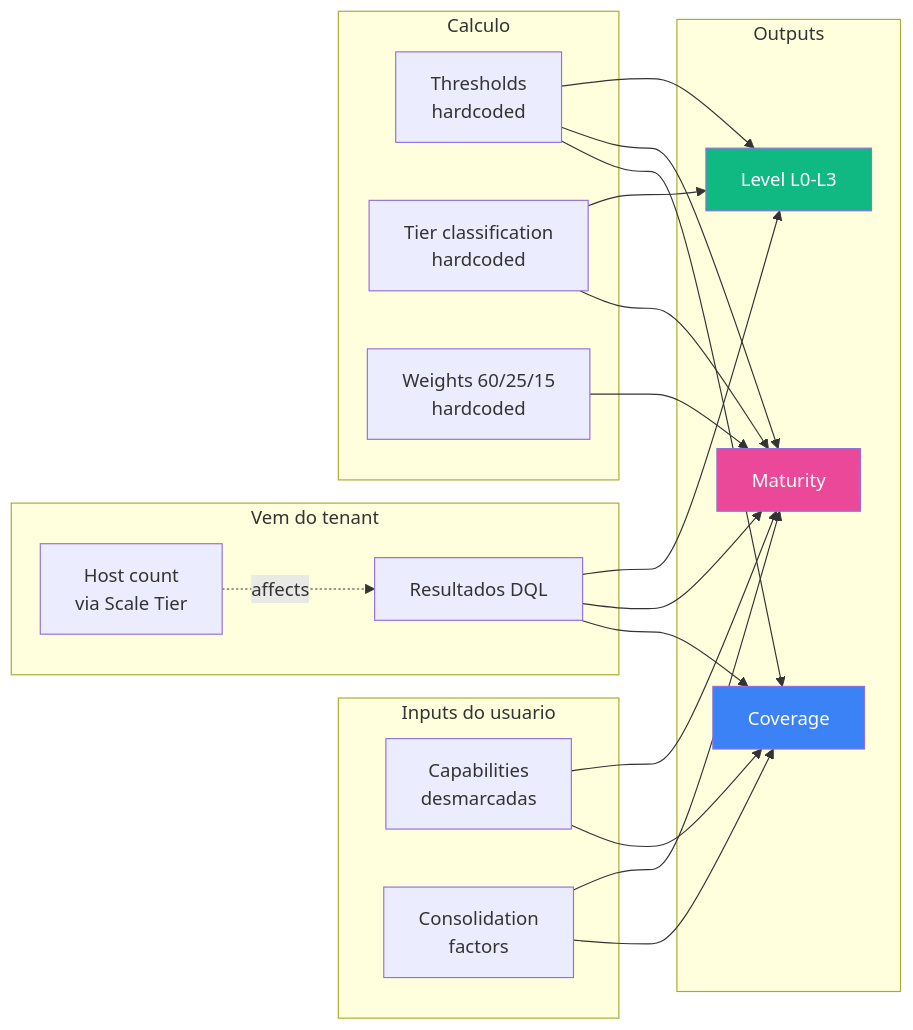
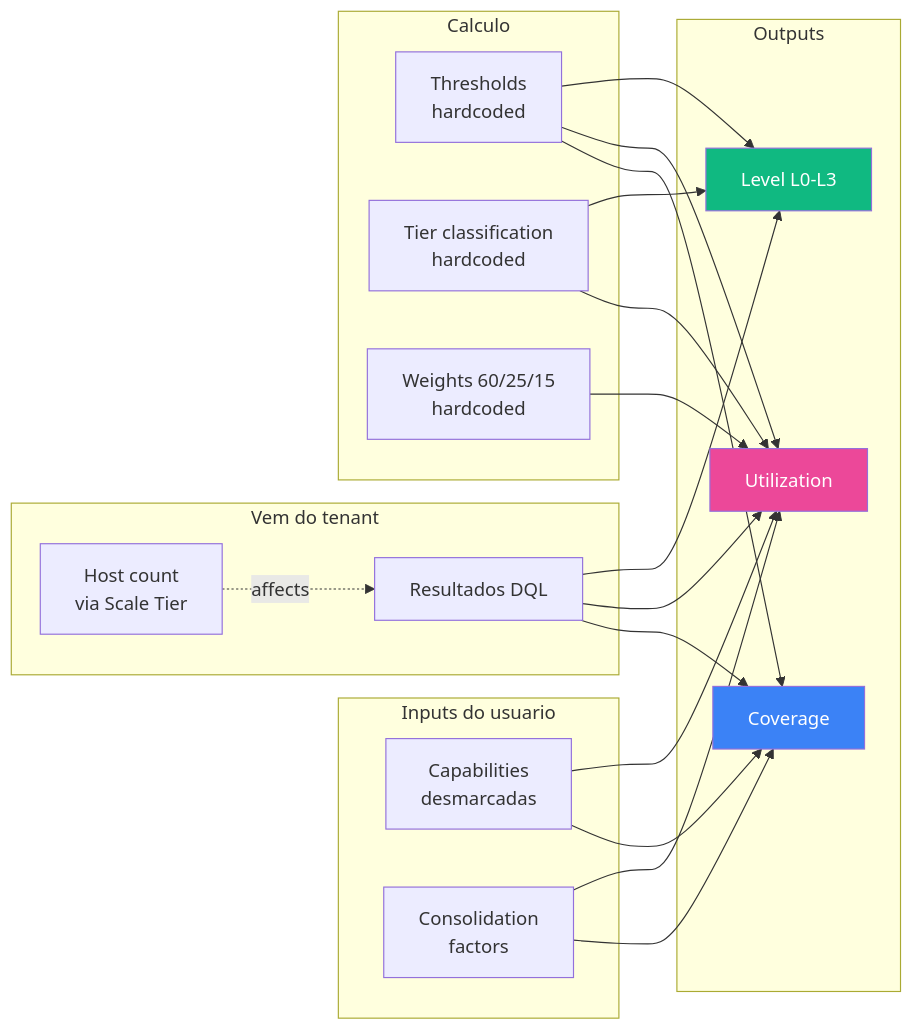
One commit to mbdccoletta/Pulse-Assessment-App changed diagram 13 of 14 in docs/SCORING-CALCULATIONS.md. Above: the diagram before and after it, drawn with Mermaid. The commit also changed other lines of this file and 11 other files, not shown here.

````diff
--- a/docs/SCORING-CALCULATIONS.md
+++ b/docs/SCORING-CALCULATIONS.md
@@ -407,43 +407,43 @@
 ```mermaid
 flowchart LR
     subgraph IN[Inputs do usuario]
         T[Capabilities<br/>desmarcadas]
         C[Consolidation<br/>factors]
     end
 
     subgraph DATA[Vem do tenant]
         DQL[Resultados DQL]
         HOSTS[Host count<br/>via Scale Tier]
     end
 
     subgraph CALC[Calculo]
         TH[Thresholds<br/>hardcoded]
         TIER[Tier classification<br/>hardcoded]
         W[Weights 60/25/15<br/>hardcoded]
     end
 
     subgraph OUT[Outputs]
         COV[Coverage]
-        MAT[Maturity]
+        MAT[Utilization]
         LVL[Level L0-L3]
     end
 
     DQL --> COV
     DQL --> MAT
     DQL --> LVL
     TH --> COV
     TH --> MAT
     TH --> LVL
     TIER --> MAT
     TIER --> LVL
     W --> MAT
     T --> COV
     T --> MAT
     C --> COV
     C --> MAT
     HOSTS -.affects.-> DQL
 
     style COV fill:#3B82F6,color:#fff
     style MAT fill:#EC4899,color:#fff
     style LVL fill:#10B981,color:#fff
 ```
````
